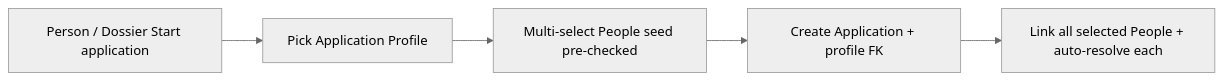
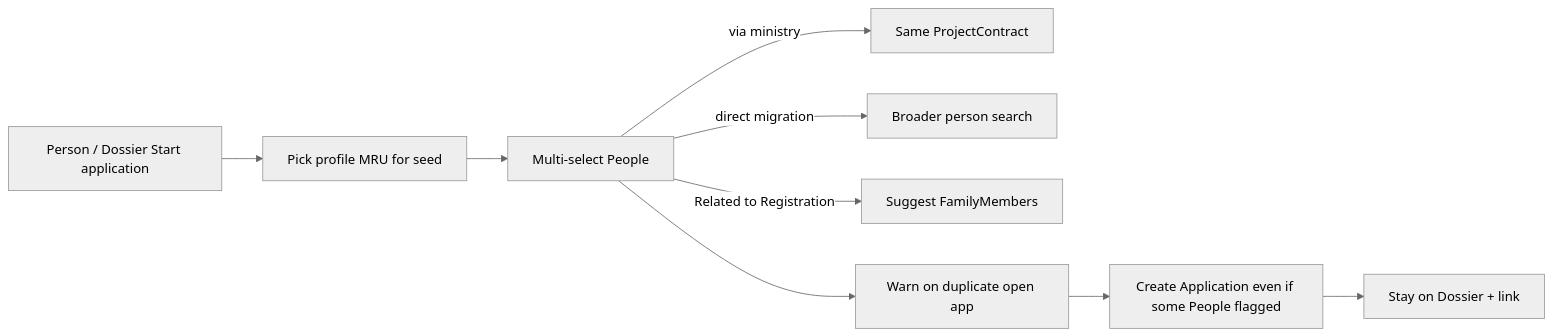
One commit to webapis/Visa2026 changed the third of 5 diagrams in docs/APPLICATION_PROFILE_PLAN.md. Above: the diagram before and after it, drawn with Mermaid (neutral theme). The commit also changed other lines of this file, not shown here.

First line of the commit message:
Lock Person/Dossier Start Application dialog rules.

````diff
--- a/docs/APPLICATION_PROFILE_PLAN.md
+++ b/docs/APPLICATION_PROFILE_PLAN.md
@@ -307,8 +315,12 @@
 ```mermaid
 flowchart LR
   Seed[Person / Dossier Start application]
-  Seed --> Prof[Pick Application Profile]
-  Prof --> People[Multi-select People seed pre-checked]
-  People --> App[Create Application + profile FK]
-  App --> Link[Link all selected People + auto-resolve each]
+  Seed --> Prof[Pick profile MRU for seed]
+  Prof --> People[Multi-select People]
+  People -->|via ministry| PC[Same ProjectContract]
+  People -->|direct migration| Broad[Broader person search]
+  People -->|Related to Registration| Fam[Suggest FamilyMembers]
+  People --> Warn[Warn on duplicate open app]
+  Warn --> App[Create Application even if some People flagged]
+  App --> Dossier[Stay on Dossier + link]
 ```
````
